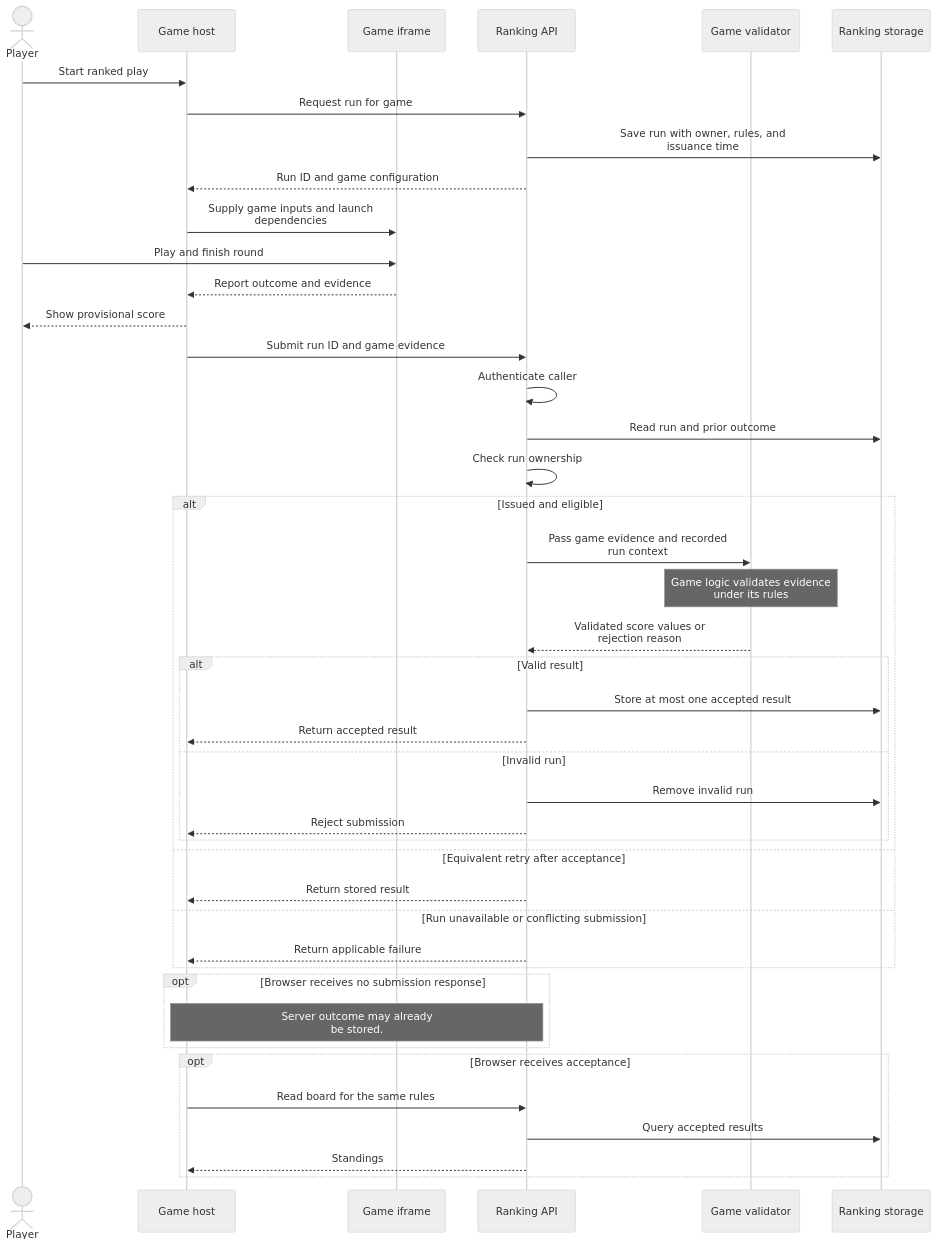
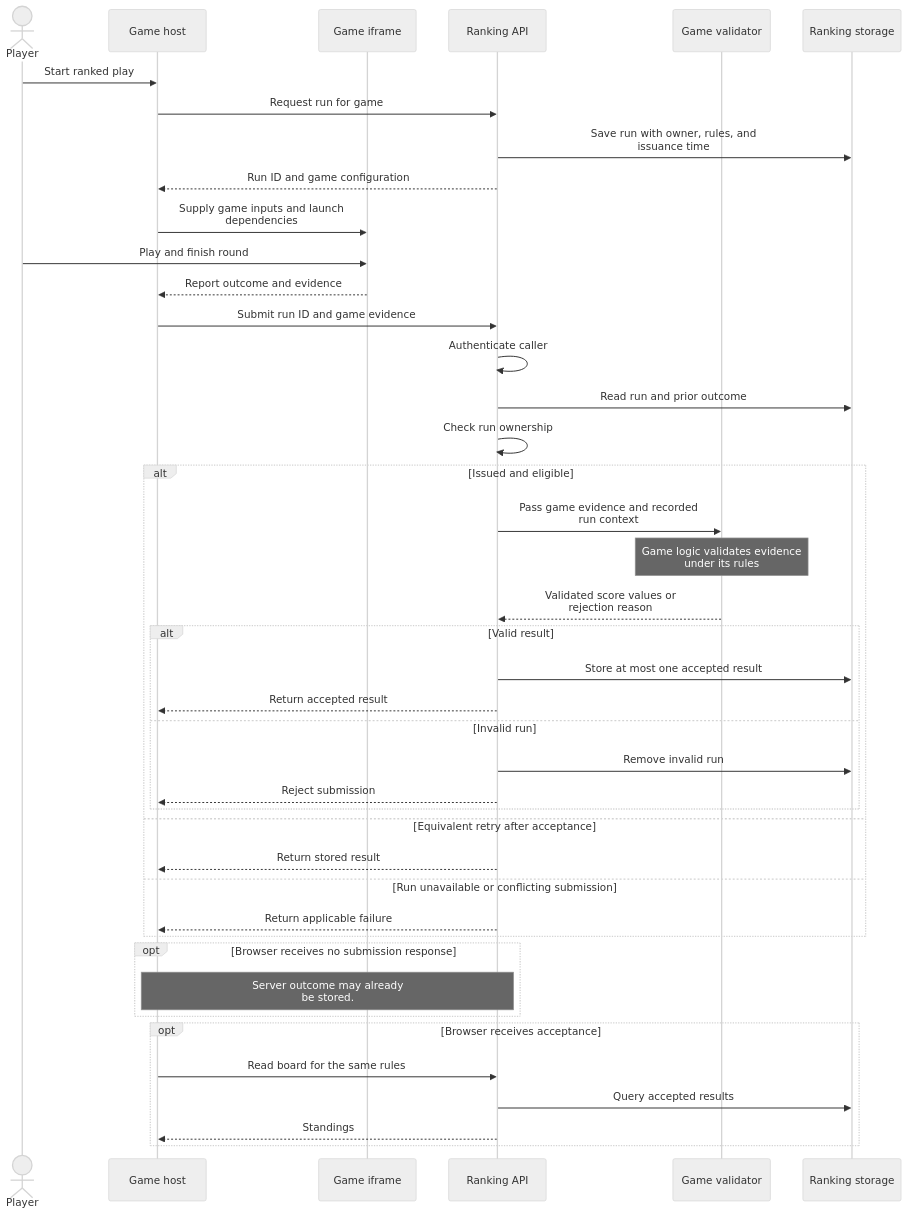
One commit to CSE210-Team-7-11/RanKing changed the diagram in docs/architecture/event-model.md. Above: the diagram before and after it, drawn with Mermaid (neutral theme). The commit also changed other lines of this file and 2 other files, not shown here.

Commit message:
Improved system structure diagrams

````diff
--- a/docs/architecture/event-model.md
+++ b/docs/architecture/event-model.md
@@ -9,46 +9,45 @@
 ```mermaid
 sequenceDiagram
     actor Player
     participant UI as Game host
     participant Game as Game iframe
     participant API as Ranking API
     participant V as Game validator
     participant DB as Ranking storage
 
     Player->>UI: Start ranked play
     UI->>API: Request run for game
     API->>DB: Save run with owner, rules, and<br/>issuance time
     API-->>UI: Run ID and game configuration
     UI->>Game: Supply game inputs and launch<br/>dependencies
     Player->>Game: Play and finish round
     Game-->>UI: Report outcome and evidence
-    UI-->>Player: Show provisional score
     UI->>API: Submit run ID and game evidence
     API->>API: Authenticate caller
     API->>DB: Read run and prior outcome
     API->>API: Check run ownership
     alt Issued and eligible
         API->>V: Pass game evidence and recorded<br/>run context
         Note over V: Game logic validates evidence<br/>under its rules
         V-->>API: Validated score values or<br/>rejection reason
         alt Valid result
             API->>DB: Store at most one accepted result
             API-->>UI: Return accepted result
         else Invalid run
             API->>DB: Remove invalid run
             API-->>UI: Reject submission
         end
     else Equivalent retry after acceptance
         API-->>UI: Return stored result
     else Run unavailable or conflicting submission
         API-->>UI: Return applicable failure
     end
     opt Browser receives no submission response
         Note over UI,API: Server outcome may already<br/>be stored.
     end
     opt Browser receives acceptance
         UI->>API: Read board for the same rules
         API->>DB: Query accepted results
         API-->>UI: Standings
     end
 ```
````
